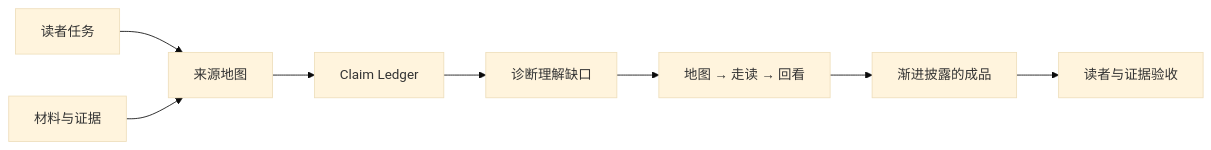
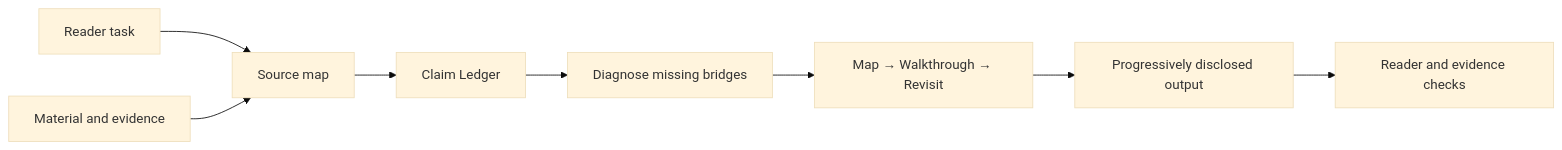
The diagram in README.md (yoyooyooo/semantic-decompression), drawn with Mermaid (base theme) before and after one commit. The commit also changed other lines of this file and 2 other files, not shown here.

````diff
--- a/README.md
+++ b/README.md
@@ -132,10 +132,10 @@
 ```mermaid
 flowchart LR
-    A[读者任务] --> B[来源地图]
-    S[材料与证据] --> B
+    A[Reader task] --> B[Source map]
+    S[Material and evidence] --> B
     B --> C[Claim Ledger]
-    C --> D[诊断理解缺口]
-    D --> E[地图 → 走读 → 回看]
-    E --> F[渐进披露的成品]
-    F --> G[读者与证据验收]
+    C --> D[Diagnose missing bridges]
+    D --> E[Map → Walkthrough → Revisit]
+    E --> F[Progressively disclosed output]
+    F --> G[Reader and evidence checks]
 ```
````
